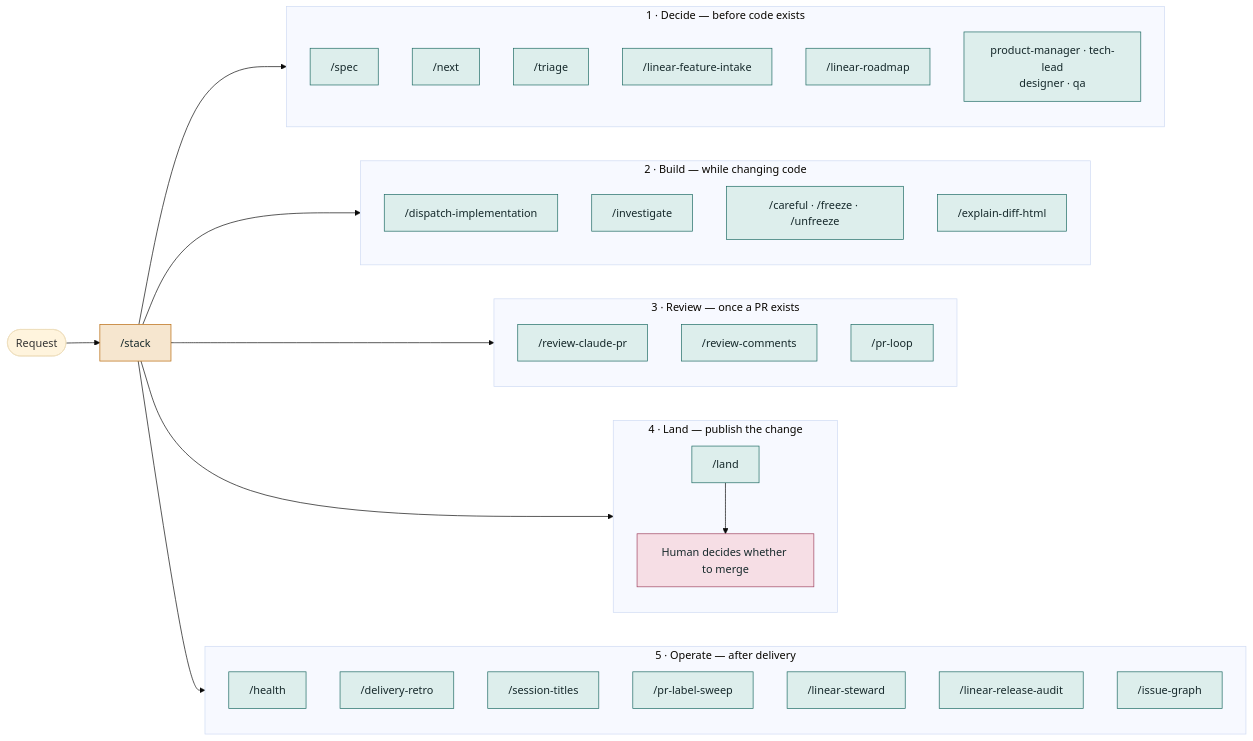
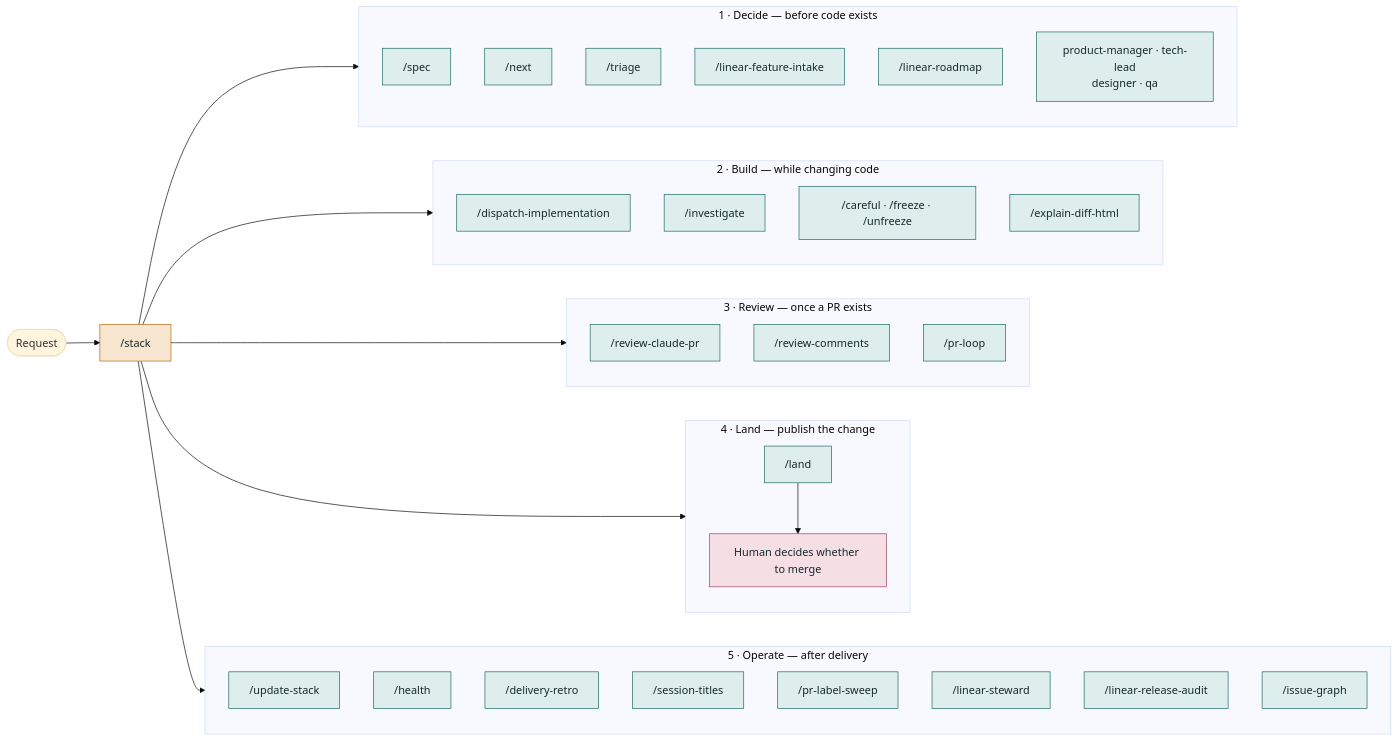
Before and after one commit to khalilouardini/kstack: the second of 5 diagrams in docs/skill-map.md, drawn with Mermaid (base theme). The commit also changed other lines of this file and 10 other files, not shown here.

Commit message:
feat: add shared stack update and installation audit skill

````diff
--- a/docs/skill-map.md
+++ b/docs/skill-map.md
@@ -39,59 +39,60 @@
 ```mermaid
 flowchart LR
     request([Request]) --> router["/stack"]
     router --> decide
     router --> build
     router --> review
     router --> land
     router --> operate
 
     subgraph decide["1 · Decide — before code exists"]
       direction TB
       spec["/spec"]
       next["/next"]
       triage["/triage"]
       intake["/linear-feature-intake"]
       roadmap["/linear-roadmap"]
       roles["product-manager · tech-lead<br/>designer · qa"]
     end
 
     subgraph build["2 · Build — while changing code"]
       direction TB
       dispatch["/dispatch-implementation"]
       investigate["/investigate"]
       controls["/careful · /freeze · /unfreeze"]
       explain["/explain-diff-html"]
     end
 
     subgraph review["3 · Review — once a PR exists"]
       direction TB
       produce["/review-claude-pr"]
       respond["/review-comments"]
       loop["/pr-loop"]
     end
 
     subgraph land["4 · Land — publish the change"]
       direction TB
       landSkill["/land"]
       human["Human decides whether to merge"]
       landSkill --> human
     end
 
     subgraph operate["5 · Operate — after delivery"]
       direction TB
+      updateStack["/update-stack"]
       health["/health"]
       retro["/delivery-retro"]
       titles["/session-titles"]
       labels["/pr-label-sweep"]
       steward["/linear-steward"]
       audit["/linear-release-audit"]
       issueGraph["/issue-graph"]
     end
 
     classDef route fill:#f6e6cf,stroke:#b8690c,color:#16292b
     classDef phase fill:#ddeeec,stroke:#1d6a63,color:#16292b
     classDef stopStyle fill:#f6dee5,stroke:#a04360,color:#16292b
     class router route
-    class spec,next,triage,intake,roadmap,roles,dispatch,investigate,controls,explain,produce,respond,loop,landSkill,health,retro,titles,labels,steward,audit,issueGraph phase
+    class spec,next,triage,intake,roadmap,roles,dispatch,investigate,controls,explain,produce,respond,loop,landSkill,updateStack,health,retro,titles,labels,steward,audit,issueGraph phase
     class human stopStyle
 ```
````
